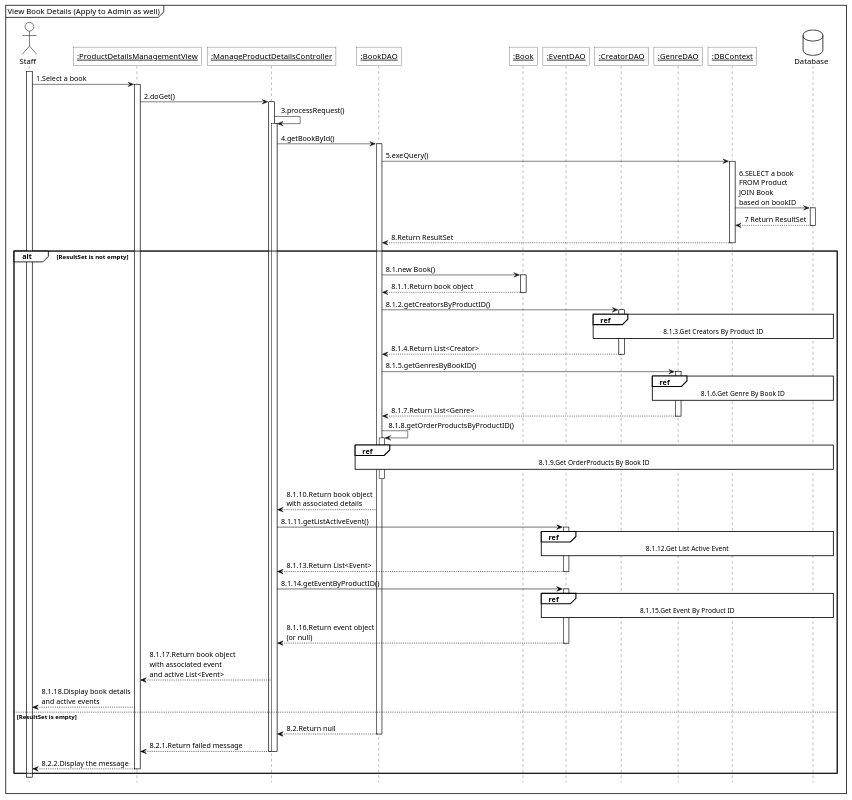
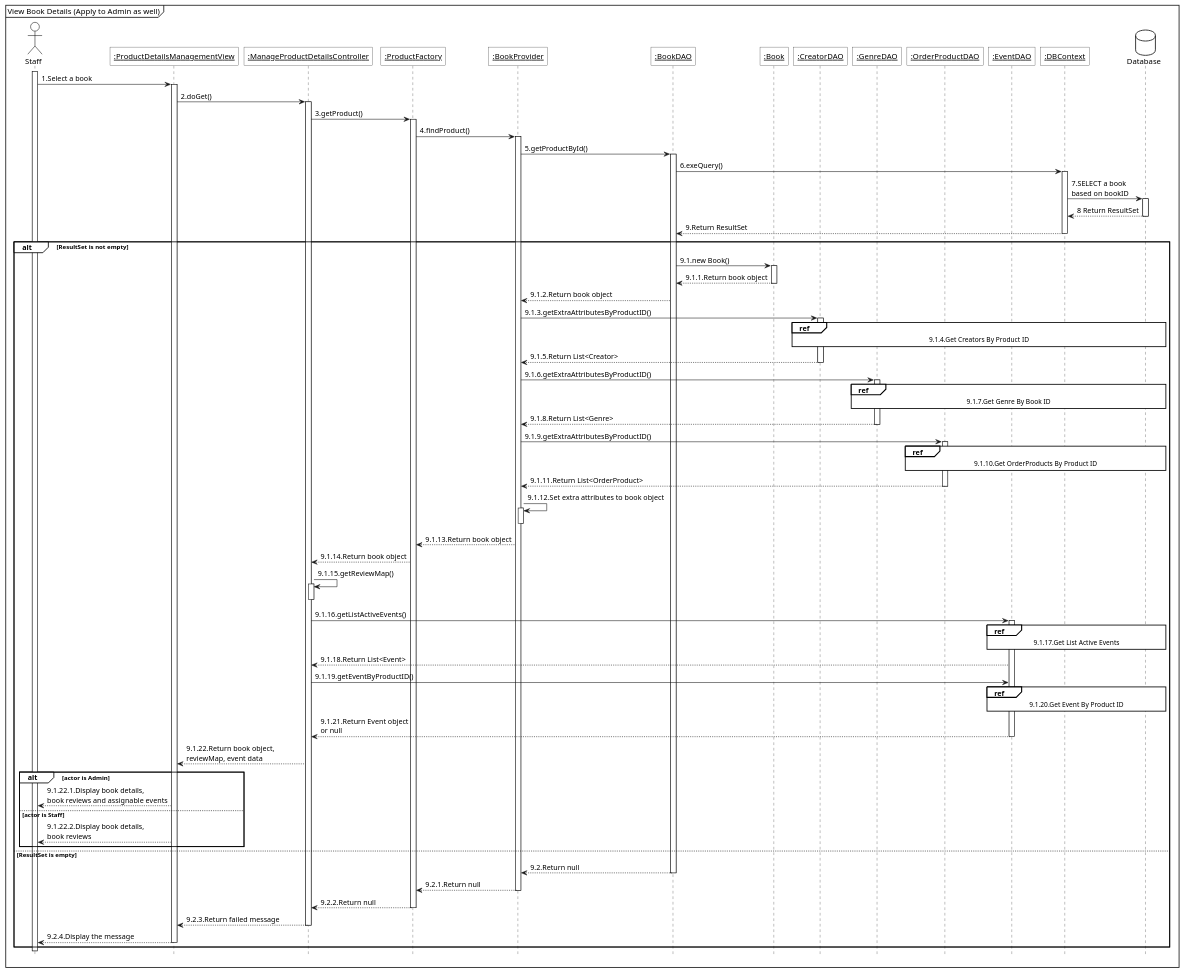
The diagram in diagram/sequence/product/management/mane-details/mane_view_book_details.plantuml (tienminhthanh/ProjectSWP391), drawn with PlantUML before and after one commit. The commit also changed 31 other files, not shown here.

Commit message:
Add state diagram, Update sequence, class diagrams of Product

```diff
--- a/diagram/sequence/product/management/mane-details/mane_view_book_details.plantuml
+++ b/diagram/sequence/product/management/mane-details/mane_view_book_details.plantuml
@@ -1,108 +1,114 @@
 @startuml
 <style>
     sequenceDiagram{
         actor{
             BackgroundColor white
             LineThickness 1.0
         }
         participant{
             BackgroundColor white
             RoundCorner 0
         }
         database{
             BackgroundColor white
         }
         groupHeader{
             BackgroundColor white
         }
         referenceHeader{
             BackgroundColor white
         }
         reference{
             BackgroundColor white
         }
     }
 </style>
 
 hide footbox
 
 mainframe View Book Details (Apply to Admin as well)
 
 actor Staff as act
 
 participant "<u>:ProductDetailsManagementView" as view
-participant "<u>:ManageProductDetailsController" as controller
+participant "<u>:ManageProductDetailsController" as ctrl
+participant "<u>:ProductFactory" as fac
+participant "<u>:BookProvider" as prv
 participant "<u>:BookDAO" as dao
 participant "<u>:Book" as pro
-participant "<u>:EventDAO" as evdao
 participant "<u>:CreatorDAO" as credao
 participant "<u>:GenreDAO" as gnrdao
+participant "<u>:OrderProductDAO" as opdao
+participant "<u>:EventDAO" as edao
 participant "<u>:DBContext" as context
 
 database Database as db
 
 activate act
 act -> view++:1.Select a book
-view -> controller++:2.doGet()
-controller ->controller++:3.processRequest()
-controller -> dao++:4.getBookById()
-dao -> context++:5.exeQuery()
-context -> db++:6.SELECT a book\nFROM Product\nJOIN Book\nbased on bookID
-db -->context--: 7 Return ResultSet
-context-->dao--:8.Return ResultSet
+view -> ctrl++:2.doGet()
+ctrl->fac++:3.getProduct()
+fac->prv++:4.findProduct()
+prv -> dao++:5.getProductById()
+dao -> context++:6.exeQuery()
+context -> db++:7.SELECT a book\nbased on bookID
+db -->context--: 8 Return ResultSet
+context-->dao--:9.Return ResultSet
 alt ResultSet is not empty
-    dao -> pro++:8.1.new Book()
-    pro --> dao--:8.1.1.Return book object
-    dao -> credao++:8.1.2.getCreatorsByProductID()
+    dao -> pro++:9.1.new Book()
+    pro --> dao--:9.1.1.Return book object
+    dao-->prv:9.1.2.Return book object
+    prv -> credao++:9.1.3.getExtraAttributesByProductID()
     ref over credao, context, db
-        8.1.3.Get Creators By Product ID
-    end ref
-    credao-->dao--:8.1.4.Return List<Creator>
-    
-    dao->gnrdao++:8.1.5.getGenresByBookID()
-    ref over gnrdao, context, db
-        8.1.6.Get Genre By Book ID
-    end ref
-    gnrdao-->dao--:8.1.7.Return List<Genre>
-
-    dao->dao++:8.1.8.getOrderProductsByProductID()
-    ref over dao, context, db
-        8.1.9.Get OrderProducts By Book ID
+        9.1.4.Get Creators By Product ID
     end ref
 
-    skinparam sequence {
-    ArrowColor transparent
-    }
-    dao->dao--
-    skinparam sequence {
-    ArrowColor black
-    ArrowThickness 1
-    ArrowHeadColor black
-    }
+   
+    credao-->prv--:9.1.5.Return List<Creator>
+    
 
+    prv->gnrdao++:9.1.6.getExtraAttributesByProductID()
+    ref over gnrdao, context, db
+        9.1.7.Get Genre By Book ID
+    end ref
 
-    dao --> controller:8.1.10.Return book object\nwith associated details
-    
-    controller->evdao++:8.1.11.getListActiveEvent()
-    ref over evdao,context,db
-        8.1.12.Get List Active Event
+    gnrdao-->prv--:9.1.8.Return List<Genre>
+
+    prv->opdao++:9.1.9.getExtraAttributesByProductID()
+    ref over opdao, context, db
+        9.1.10.Get OrderProducts By Product ID
     end ref
-    evdao-->controller--:8.1.13.Return List<Event>
+    opdao-->prv--:9.1.11.Return List<OrderProduct>
 
-    controller->evdao++:8.1.14.getEventByProductID()
-    ref over evdao,context,db
-        8.1.15.Get Event By Product ID
+    prv->prv++:9.1.12.Set extra attributes to book object
+    prv--
+    prv --> fac:9.1.13.Return book object
+    fac --> ctrl:9.1.14.Return book object
+    ctrl->ctrl++:9.1.15.getReviewMap()
+    ctrl--
+    ctrl->edao++:9.1.16.getListActiveEvents()
+    ref over edao, context, db
+        9.1.17.Get List Active Events
     end ref
-    evdao-->controller--:8.1.16.Return event object\n(or null)
-
-    controller --> view:8.1.17.Return book object\nwith associated event\nand active List<Event>
-    view --> act:8.1.18.Display book details\nand active events
+    edao-->ctrl:9.1.18.Return List<Event>
+    ctrl->edao:9.1.19.getEventByProductID()
+    ref over edao, context, db
+        9.1.20.Get Event By Product ID
+    end ref
+    edao-->ctrl--:9.1.21.Return Event object\nor null
+    ctrl --> view:9.1.22.Return book object,\nreviewMap, event data
+    alt actor is Admin
+        view --> act:9.1.22.1.Display book details,\nbook reviews and assignable events
+    else actor is Staff
+        view --> act:9.1.22.2.Display book details,\nbook reviews
+    end
 else ResultSet is empty
-    dao --> controller--: 8.2.Return null
-    controller --> view--: 8.2.1.Return failed message
-    controller--
-    view --> act--:8.2.2.Display the message
+    dao --> prv--: 9.2.Return null
+    prv --> fac--: 9.2.1.Return null
+    fac --> ctrl--: 9.2.2.Return null
+    ctrl --> view--: 9.2.3.Return failed message
+    view --> act--:9.2.4.Display the message    
 end
 
 deactivate act
 @enduml
```
